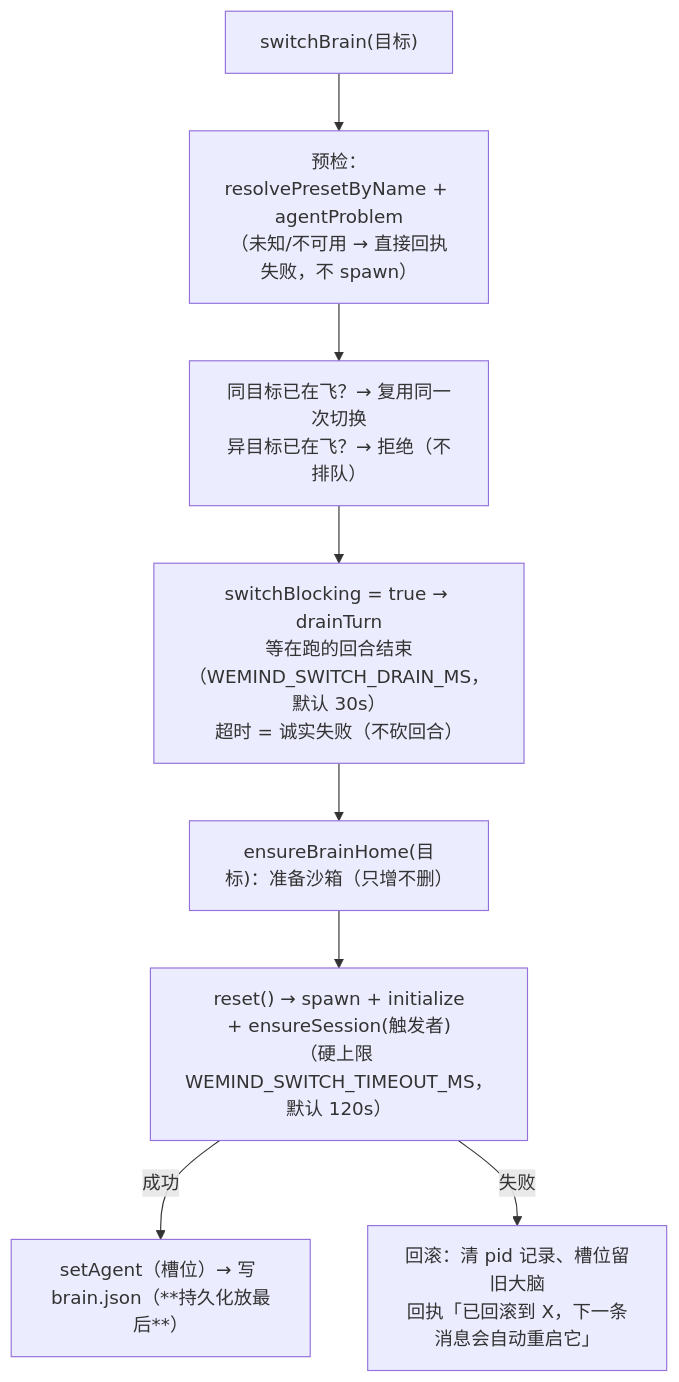
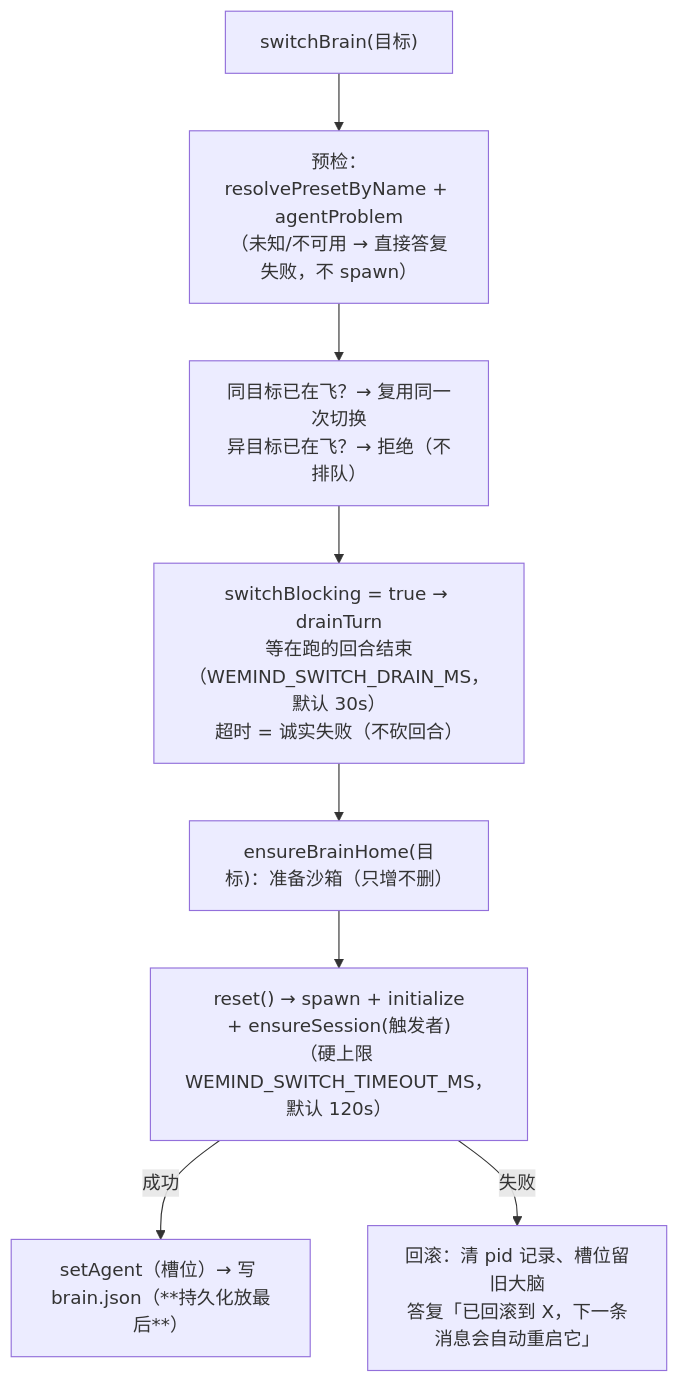
Before and after one commit to imwangpan/WeMind: the second of 2 diagrams in docs/repowiki/06-ACP-大脑与沙箱.md, drawn with Mermaid. The commit also changed other lines of this file and 73 other files, not shown here.

````diff
--- a/docs/repowiki/06-ACP-大脑与沙箱.md
+++ b/docs/repowiki/06-ACP-大脑与沙箱.md
@@ -81,10 +81,10 @@
 ```mermaid
 graph TD
-    A["switchBrain(目标)"] --> B["预检：resolvePresetByName + agentProblem<br/>（未知/不可用 → 直接回执失败，不 spawn）"]
+    A["switchBrain(目标)"] --> B["预检：resolvePresetByName + agentProblem<br/>（未知/不可用 → 直接答复失败，不 spawn）"]
     B --> C["同目标已在飞？→ 复用同一次切换<br/>异目标已在飞？→ 拒绝（不排队）"]
     C --> D["switchBlocking = true → drainTurn<br/>等在跑的回合结束（WEMIND_SWITCH_DRAIN_MS，默认 30s）<br/>超时 = 诚实失败（不砍回合）"]
     D --> E["ensureBrainHome(目标)：准备沙箱（只增不删）"]
     E --> F["reset() → spawn + initialize<br/>+ ensureSession(触发者)<br/>（硬上限 WEMIND_SWITCH_TIMEOUT_MS，默认 120s）"]
     F -->|成功| G["setAgent（槽位）→ 写 brain.json（**持久化放最后**）"]
-    F -->|失败| H["回滚：清 pid 记录、槽位留旧大脑<br/>回执「已回滚到 X，下一条消息会自动重启它」"]
+    F -->|失败| H["回滚：清 pid 记录、槽位留旧大脑<br/>答复「已回滚到 X，下一条消息会自动重启它」"]
 ```
````
